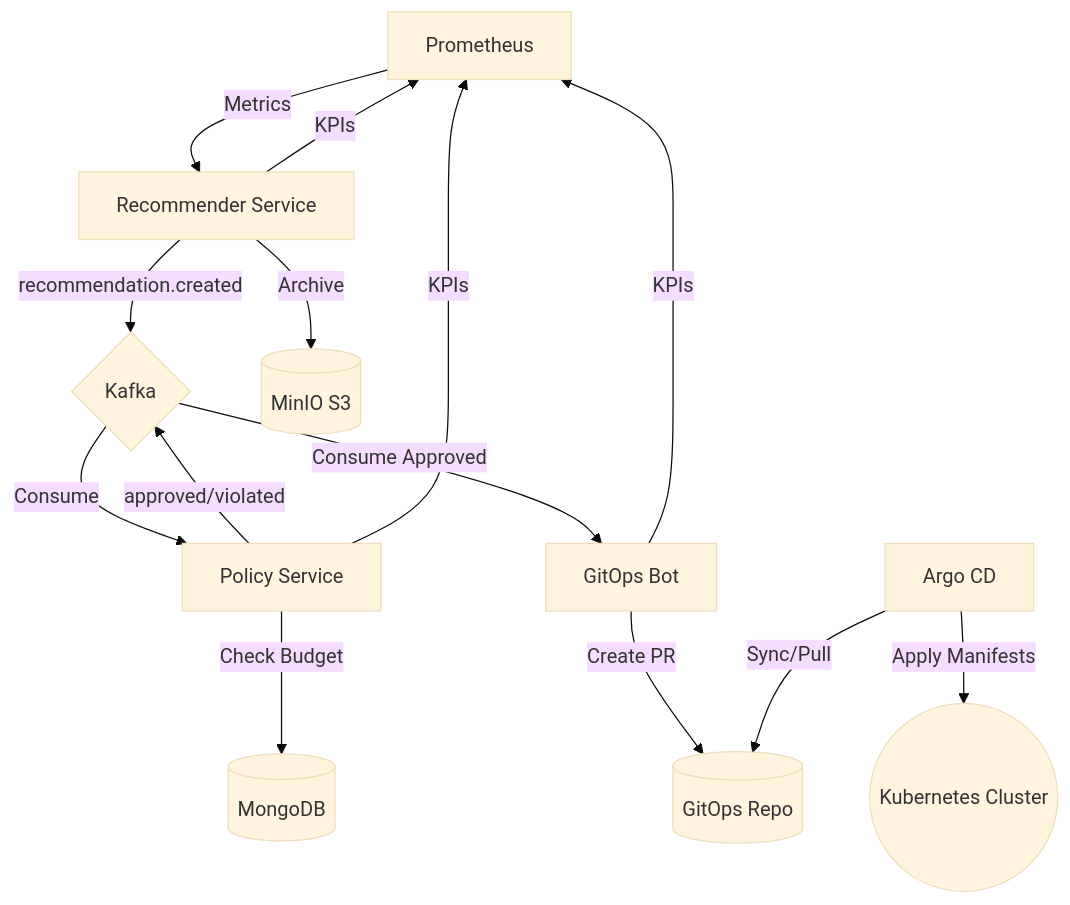
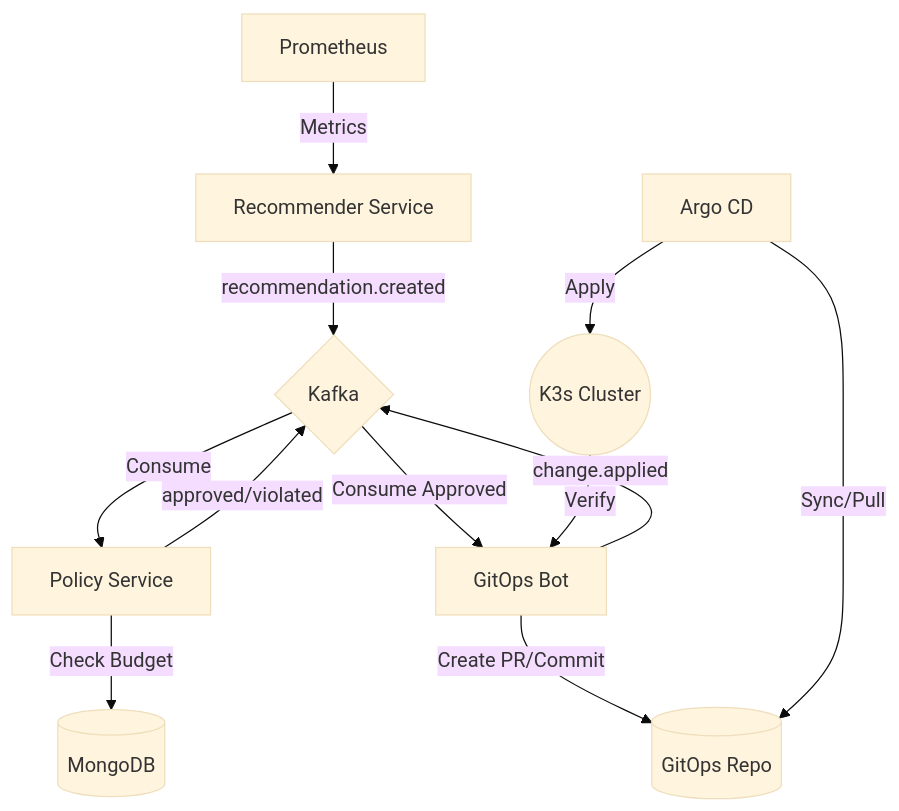
One commit to dawidbera/kube-finops-autopilot changed the diagram in README.md. Above: the diagram before and after it, drawn with Mermaid (base theme). The commit also changed other lines of this file and 24 other files, not shown here.

Commit message:
Full GitOps loop with SyncMonitor, Kafka SASL, and provisioned Grafana dashboards

````diff
--- a/README.md
+++ b/README.md
@@ -32,18 +28,18 @@
 ```mermaid
 flowchart TD
   PROM[Prometheus] -->|Metrics| REC[Recommender Service]
   REC -->|recommendation.created| KAFKA{Kafka}
   
   KAFKA -->|Consume| POL[Policy Service]
   POL -->|Check Budget| MONGO[(MongoDB)]
   POL -->|approved/violated| KAFKA
   
   KAFKA -->|Consume Approved| BOT[GitOps Bot]
-  BOT -->|Create PR| GIT[(GitOps Repo)]
+  BOT -->|Create PR/Commit| GIT[(GitOps Repo)]
   
   ARGO[Argo CD] -->|Sync/Pull| GIT
-  ARGO -->|Apply Manifests| K8S((Kubernetes Cluster))
+  ARGO -->|Apply| K8S((K3s Cluster))
   
-  REC & POL & BOT -->|KPIs| PROM
-  REC -->|Archive| MINIO[(MinIO S3)]
+  K8S -->|Verify| BOT
+  BOT -->|change.applied| KAFKA
 ```
````
